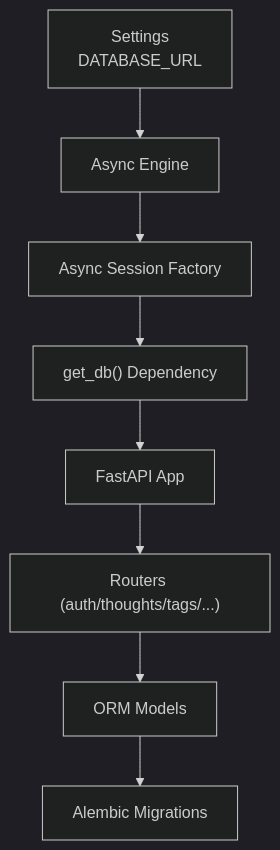
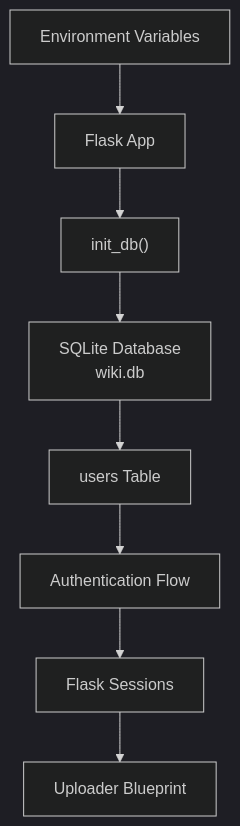
One commit to PolarisW007/PolaZhenJing changed the first of 5 diagrams in .qoder/repowiki/en/content/Database Design.md. Above: the diagram before and after it, drawn with Mermaid (dark theme). The commit also changed other lines of this file and 153 other files, not shown here.

````diff
--- a/.qoder/repowiki/en/content/Database Design.md
+++ b/.qoder/repowiki/en/content/Database Design.md
@@ -35,10 +38,10 @@
 ```mermaid
 graph TB
-Config["Settings<br/>DATABASE_URL"] --> Engine["Async Engine"]
-Engine --> Session["Async Session Factory"]
-Session --> Dependency["get_db() Dependency"]
-Dependency --> App["FastAPI App"]
-App --> Routers["Routers (auth/thoughts/tags/...)"]
-Routers --> DBLayer["ORM Models"]
-DBLayer --> Alembic["Alembic Migrations"]
+Config["Environment Variables"] --> App["Flask App"]
+App --> DBInit["init_db()"]
+DBInit --> SQLite["SQLite Database<br/>wiki.db"]
+SQLite --> UsersTable["users Table"]
+UsersTable --> AuthFlow["Authentication Flow"]
+AuthFlow --> Session["Flask Sessions"]
+Session --> UploadBP["Uploader Blueprint"]
 ```
````
